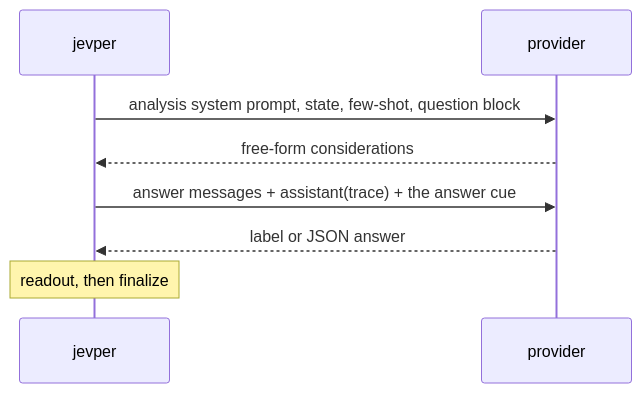
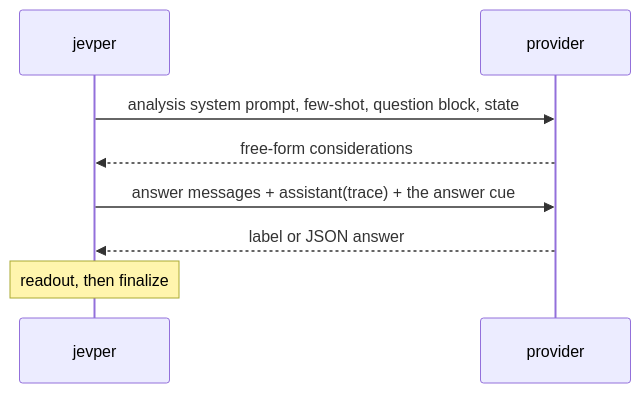
One commit to zhulinchng/jevper changed the second of 2 diagrams in docs/reasoning.md. Above: the diagram before and after it, drawn with Mermaid. The commit also changed 23 other files, not shown here.

````diff
--- a/docs/reasoning.md
+++ b/docs/reasoning.md
@@ -57,10 +57,10 @@
 ```mermaid
 sequenceDiagram
     participant C as jevper
     participant P as provider
-    C->>P: analysis system prompt, state, few-shot, question block
+    C->>P: analysis system prompt, few-shot, question block, state
     P-->>C: free-form considerations
     C->>P: answer messages + assistant(trace) + the answer cue
     P-->>C: label or JSON answer
     Note over C: readout, then finalize
 ```
````
